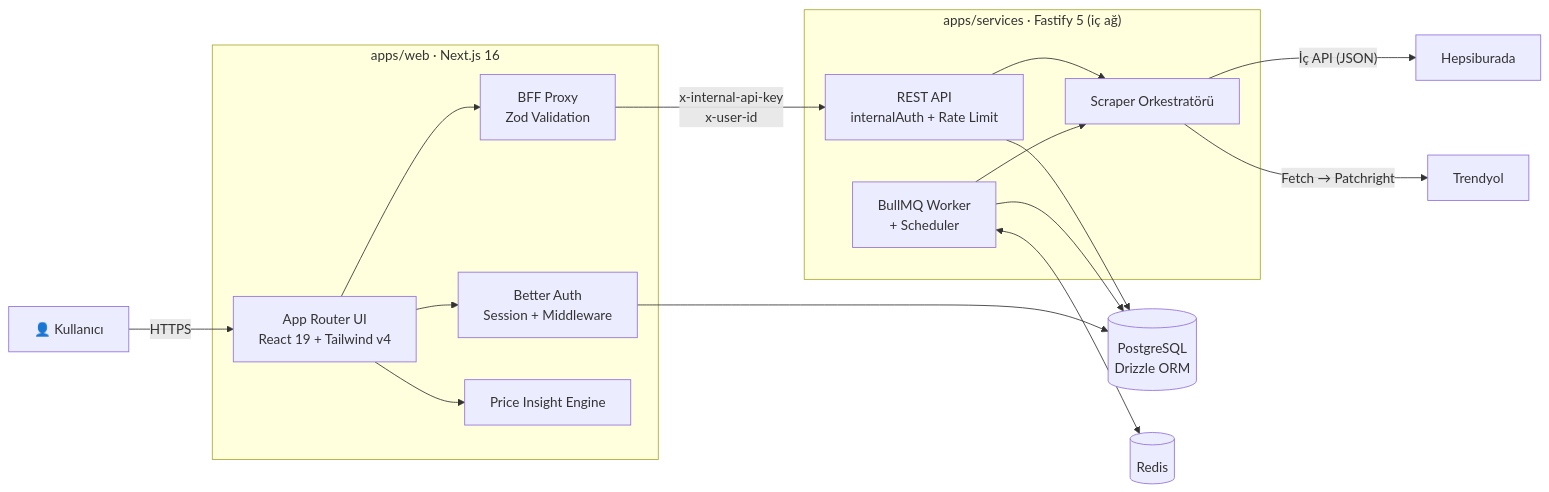
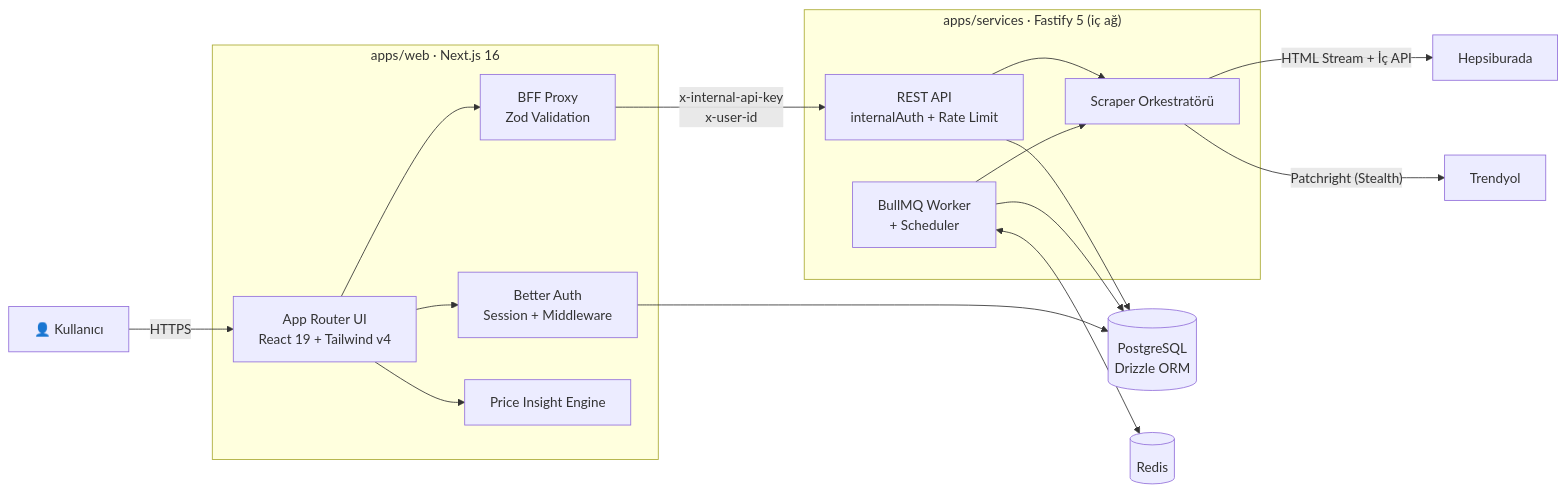
One commit to borayrdmc/Karma changed the second of 4 diagrams in README.md. Above: the diagram before and after it, drawn with Mermaid. The commit also changed other lines of this file, not shown here.

````diff
--- a/README.md
+++ b/README.md
@@ -123,31 +124,31 @@
 ```mermaid
 flowchart LR
     U["👤 Kullanıcı"] -->|HTTPS| W
 
     subgraph WEB["apps/web · Next.js 16"]
         W["App Router UI<br/>React 19 + Tailwind v4"]
         BA["Better Auth<br/>Session + Middleware"]
         BFF["BFF Proxy<br/>Zod Validation"]
         PI["Price Insight Engine"]
     end
 
     subgraph SVC["apps/services · Fastify 5 (iç ağ)"]
         API["REST API<br/>internalAuth + Rate Limit"]
         SCR["Scraper Orkestratörü"]
         Q["BullMQ Worker<br/>+ Scheduler"]
     end
 
     W --> BA
     W --> BFF
     W --> PI
     BFF -->|"x-internal-api-key<br/>x-user-id"| API
     API --> SCR
     Q --> SCR
-    SCR -->|"İç API (JSON)"| HB["Hepsiburada"]
-    SCR -->|"Fetch → Patchright"| TY["Trendyol"]
+    SCR -->|"HTML Stream + İç API"| HB["Hepsiburada"]
+    SCR -->|"Patchright (Stealth)"| TY["Trendyol"]
 
     BA --> DB[("PostgreSQL<br/>Drizzle ORM")]
     API --> DB
     Q --> DB
     Q <--> R[("Redis")]
 ```
````
